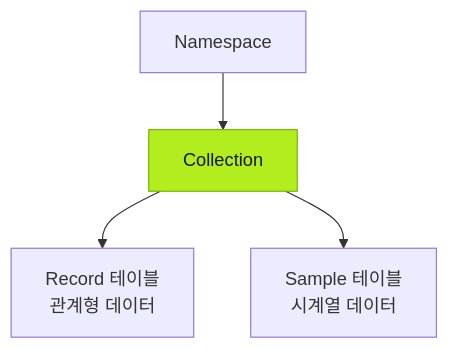
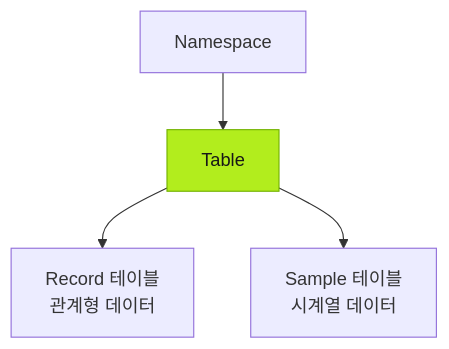
The first of 3 diagrams in src/content/docs/ko/using-tier0/preparing-data-foundation.mdx (FREEZONEX/Tier0-docs-site), drawn with Mermaid before and after one commit. The commit also changed other lines of this file and 24 other files, not shown here.

````diff
--- a/src/content/docs/ko/using-tier0/preparing-data-foundation.mdx
+++ b/src/content/docs/ko/using-tier0/preparing-data-foundation.mdx
@@ -29,8 +29,8 @@
 ```mermaid
 flowchart TB
-  namespace["Namespace"] --> collection["Collection"]
-  collection --> record["Record 테이블<br/>관계형 데이터"]
-  collection --> sample["Sample 테이블<br/>시계열 데이터"]
+  namespace["Namespace"] --> table["Table"]
+  table --> record["Record 테이블<br/>관계형 데이터"]
+  table --> sample["Sample 테이블<br/>시계열 데이터"]
   classDef t0accent fill:#B2ED1D,stroke:#73B200,color:#171717
-  class collection t0accent
+  class table t0accent
 ```
````
